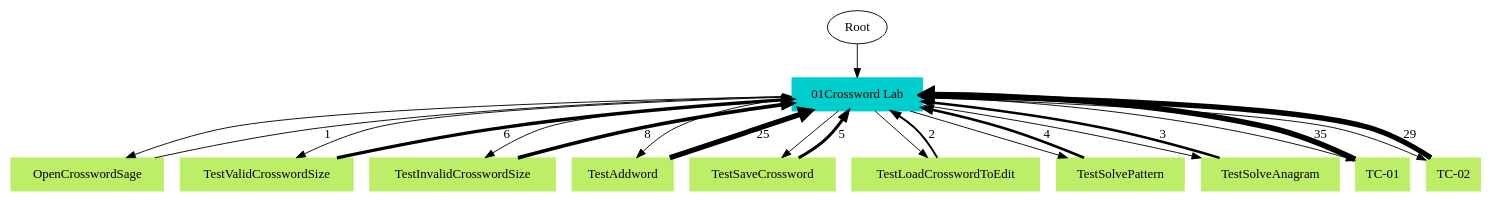
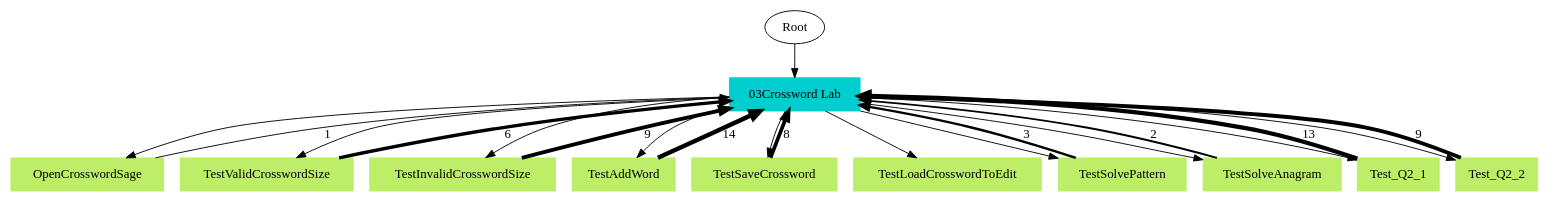
Before and after one commit to mypstom/robotide: the diagram in TS2TC.gv, drawn with Graphviz. The commit also changed 21 other files, not shown here.

```diff
--- a/TS2TC.gv
+++ b/TS2TC.gv
@@ -1,36 +1,35 @@
 // TS <-> TC
 digraph {
 	Root
-	"01Crossword Lab" [color=cyan3 shape=box style=filled]
-		Root -> "01Crossword Lab"
+	"03Crossword Lab" [color=cyan3 shape=box style=filled]
+		Root -> "03Crossword Lab"
 	OpenCrosswordSage [color=darkolivegreen2 shape=box style=filled]
-		"01Crossword Lab" -> OpenCrosswordSage
+		"03Crossword Lab" -> OpenCrosswordSage
 	TestValidCrosswordSize [color=darkolivegreen2 shape=box style=filled]
-		"01Crossword Lab" -> TestValidCrosswordSize
+		"03Crossword Lab" -> TestValidCrosswordSize
 	TestInvalidCrosswordSize [color=darkolivegreen2 shape=box style=filled]
-		"01Crossword Lab" -> TestInvalidCrosswordSize
-	TestAddword [color=darkolivegreen2 shape=box style=filled]
-		"01Crossword Lab" -> TestAddword
+		"03Crossword Lab" -> TestInvalidCrosswordSize
+	TestAddWord [color=darkolivegreen2 shape=box style=filled]
+		"03Crossword Lab" -> TestAddWord
 	TestSaveCrossword [color=darkolivegreen2 shape=box style=filled]
-		"01Crossword Lab" -> TestSaveCrossword
+		"03Crossword Lab" -> TestSaveCrossword
 	TestLoadCrosswordToEdit [color=darkolivegreen2 shape=box style=filled]
-		"01Crossword Lab" -> TestLoadCrosswordToEdit
+		"03Crossword Lab" -> TestLoadCrosswordToEdit
 	TestSolvePattern [color=darkolivegreen2 shape=box style=filled]
-		"01Crossword Lab" -> TestSolvePattern
+		"03Crossword Lab" -> TestSolvePattern
 	TestSolveAnagram [color=darkolivegreen2 shape=box style=filled]
-		"01Crossword Lab" -> TestSolveAnagram
-	"TC-01" [color=darkolivegreen2 shape=box style=filled]
-		"01Crossword Lab" -> "TC-01"
-	"TC-02" [color=darkolivegreen2 shape=box style=filled]
-		"01Crossword Lab" -> "TC-02"
-		TestLoadCrosswordToEdit -> "01Crossword Lab" [label=2 penwidth=2.0]
-		TestSolvePattern -> "01Crossword Lab" [label=4 penwidth=3.0]
-		"TC-02" -> "01Crossword Lab" [label=29 penwidth=5.85798099513]
-		TestSaveCrossword -> "01Crossword Lab" [label=5 penwidth=3.32192809489]
-		TestInvalidCrosswordSize -> "01Crossword Lab" [label=8 penwidth=4.0]
-		TestSolveAnagram -> "01Crossword Lab" [label=3 penwidth=2.58496250072]
-		TestValidCrosswordSize -> "01Crossword Lab" [label=6 penwidth=3.58496250072]
-		"TC-01" -> "01Crossword Lab" [label=35 penwidth=6.12928301694]
-		OpenCrosswordSage -> "01Crossword Lab" [label=1 penwidth=1.0]
-		TestAddword -> "01Crossword Lab" [label=25 penwidth=5.64385618977]
+		"03Crossword Lab" -> TestSolveAnagram
+	Test_Q2_1 [color=darkolivegreen2 shape=box style=filled]
+		"03Crossword Lab" -> Test_Q2_1
+	Test_Q2_2 [color=darkolivegreen2 shape=box style=filled]
+		"03Crossword Lab" -> Test_Q2_2
+		TestInvalidCrosswordSize -> "03Crossword Lab" [label=9 penwidth=4.16992500144]
+		TestValidCrosswordSize -> "03Crossword Lab" [label=6 penwidth=3.58496250072]
+		TestSaveCrossword -> "03Crossword Lab" [label=8 penwidth=4.0]
+		TestSolveAnagram -> "03Crossword Lab" [label=2 penwidth=2.0]
+		Test_Q2_2 -> "03Crossword Lab" [label=9 penwidth=4.16992500144]
+		TestAddWord -> "03Crossword Lab" [label=14 penwidth=4.80735492206]
+		Test_Q2_1 -> "03Crossword Lab" [label=13 penwidth=4.70043971814]
+		TestSolvePattern -> "03Crossword Lab" [label=3 penwidth=2.58496250072]
+		OpenCrosswordSage -> "03Crossword Lab" [label=1 penwidth=1.0]
 }
```
